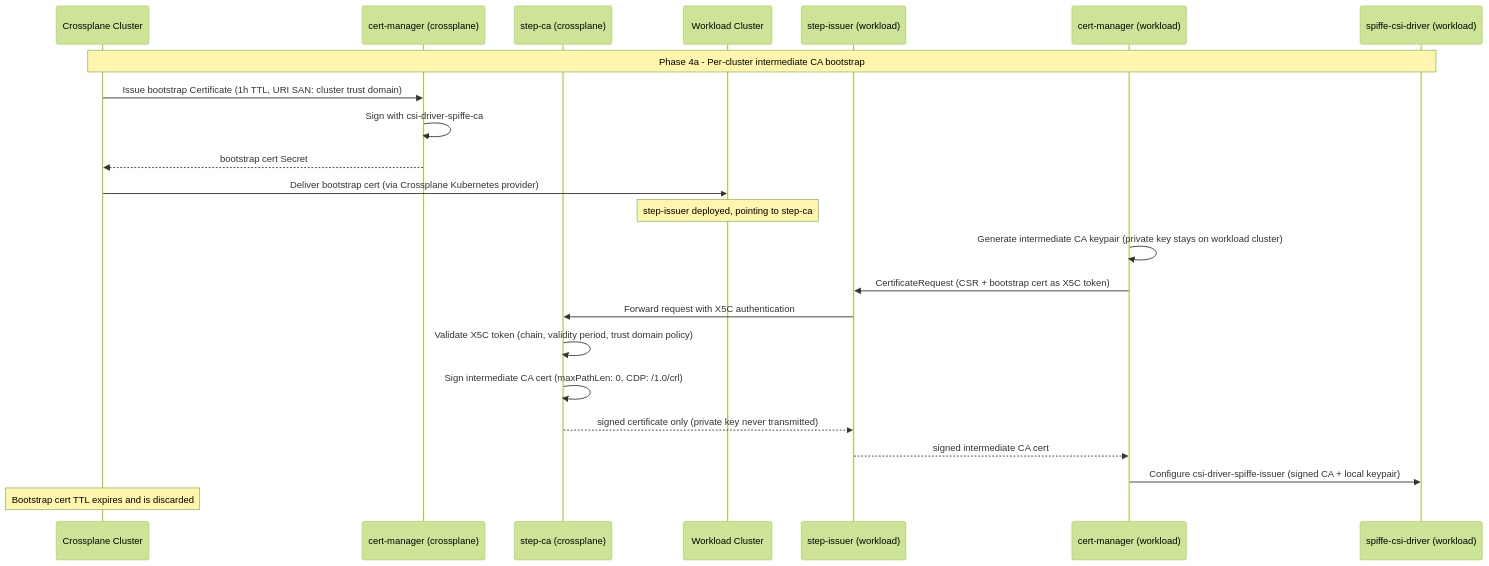
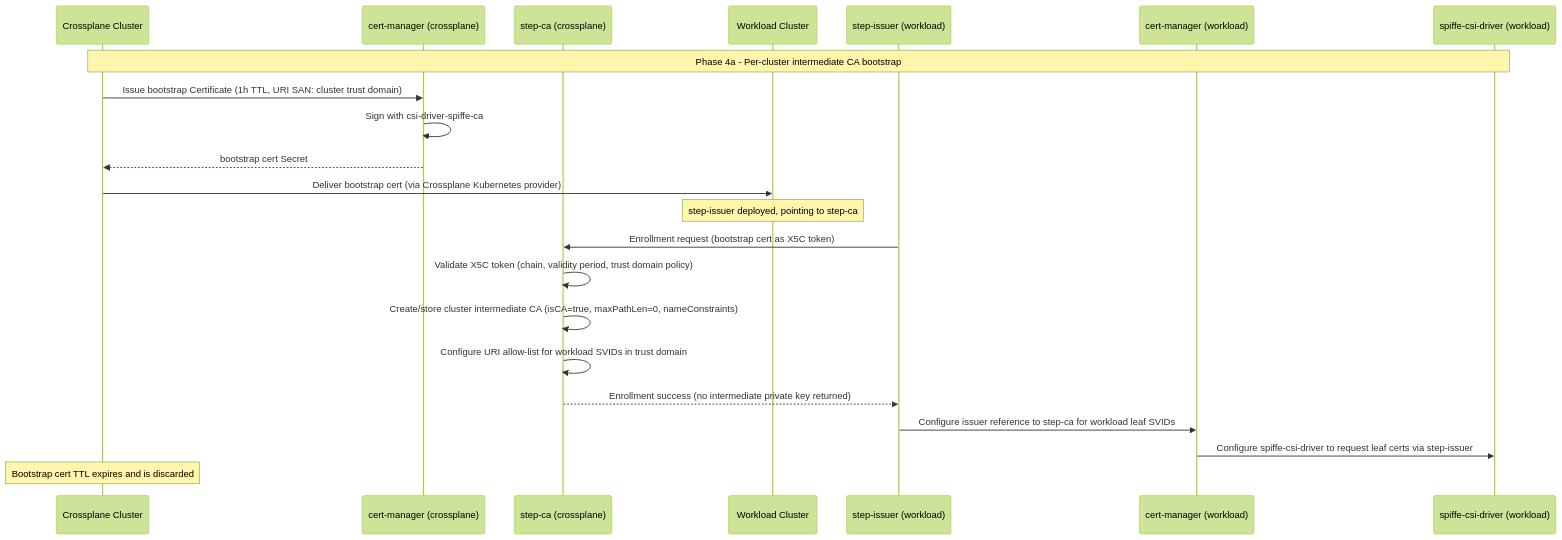
The second of 3 diagrams in doc/adr/0007-crossplane-composition-for-externaldns-and-certmanager-iam-roles-anywhere.md (estenrye/flux-platform-src), drawn with Mermaid (forest theme) before and after one commit. The commit also changed other lines of this file, not shown here.

Commit message:
Update spec to build out CNPG and Step-CA

````diff
--- a/doc/adr/0007-crossplane-composition-for-externaldns-and-certmanager-iam-roles-anywhere.md
+++ b/doc/adr/0007-crossplane-composition-for-externaldns-and-certmanager-iam-roles-anywhere.md
@@ -1021,26 +1068,25 @@
 ```mermaid
 sequenceDiagram
     participant CP as Crossplane Cluster
     participant CM_CP as cert-manager (crossplane)
     participant StepCA as step-ca (crossplane)
     participant WC as Workload Cluster
     participant SI as step-issuer (workload)
     participant CM_WC as cert-manager (workload)
-    participant CSI as spiffe-csi-driver (workload)
+  participant CSI as spiffe-csi-driver (workload)
 
     Note over CP,CSI: Phase 4a - Per-cluster intermediate CA bootstrap
     CP->>CM_CP: Issue bootstrap Certificate (1h TTL, URI SAN: cluster trust domain)
     CM_CP->>CM_CP: Sign with csi-driver-spiffe-ca
     CM_CP-->>CP: bootstrap cert Secret
     CP->>WC: Deliver bootstrap cert (via Crossplane Kubernetes provider)
     Note over WC: step-issuer deployed, pointing to step-ca
-    CM_WC->>CM_WC: Generate intermediate CA keypair (private key stays on workload cluster)
-    CM_WC->>SI: CertificateRequest (CSR + bootstrap cert as X5C token)
-    SI->>StepCA: Forward request with X5C authentication
-    StepCA->>StepCA: Validate X5C token (chain, validity period, trust domain policy)
-    StepCA->>StepCA: Sign intermediate CA cert (maxPathLen: 0, CDP: /1.0/crl)
-    StepCA-->>SI: signed certificate only (private key never transmitted)
-    SI-->>CM_WC: signed intermediate CA cert
-    CM_WC->>CSI: Configure csi-driver-spiffe-issuer (signed CA + local keypair)
+  SI->>StepCA: Enrollment request (bootstrap cert as X5C token)
+  StepCA->>StepCA: Validate X5C token (chain, validity period, trust domain policy)
+  StepCA->>StepCA: Create/store cluster intermediate CA (isCA=true, maxPathLen=0, nameConstraints)
+  StepCA->>StepCA: Configure URI allow-list for workload SVIDs in trust domain
+  StepCA-->>SI: Enrollment success (no intermediate private key returned)
+  SI->>CM_WC: Configure issuer reference to step-ca for workload leaf SVIDs
+  CM_WC->>CSI: Configure spiffe-csi-driver to request leaf certs via step-issuer
     Note over CP: Bootstrap cert TTL expires and is discarded
 ```
````
